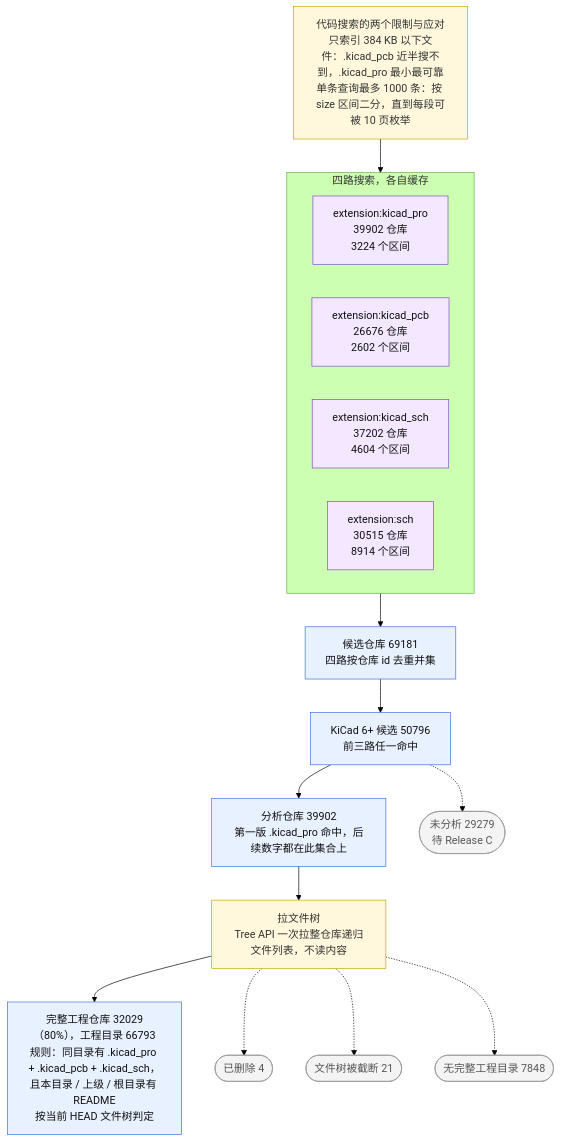
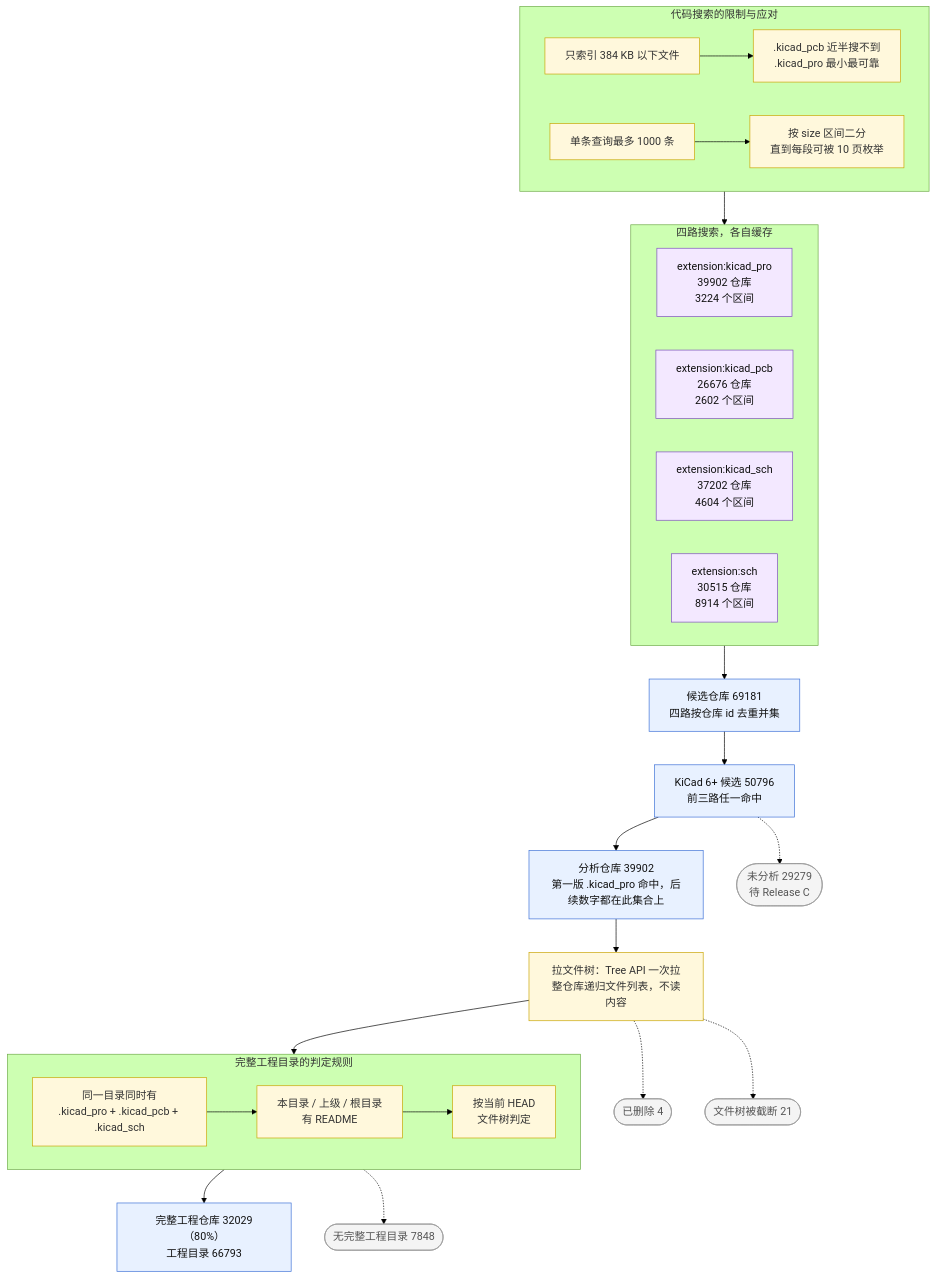
One commit to Xiafyjck/github_kicad_project_scout changed the second of 5 diagrams in reports/progress_report.md. Above: the diagram before and after it, drawn with Mermaid (forest theme). The commit also changed other lines of this file, not shown here.

Commit message:
reports: rule boxes laid out horizontally in figures 1 to 3

````diff
--- a/reports/progress_report.md
+++ b/reports/progress_report.md
@@ -136,26 +136,35 @@
 ```mermaid
 flowchart TB
     classDef exit fill:#f4f4f4,stroke:#999,color:#555
     classDef keep fill:#e8f1ff,stroke:#3b6fd6,color:#111
     classDef src fill:#f3e8ff,stroke:#7c4dbd,color:#111
     classDef rule fill:#fff8dc,stroke:#c9a400,color:#333
 
-    L[代码搜索的两个限制与应对<br/>只索引 384 KB 以下文件：.kicad_pcb 近半搜不到，.kicad_pro 最小最可靠<br/>单条查询最多 1000 条：按 size 区间二分，直到每段可被 10 页枚举]:::rule
+    subgraph L[代码搜索的限制与应对]
+        direction LR
+        L1[只索引 384 KB 以下文件]:::rule --> L2[.kicad_pcb 近半搜不到<br/>.kicad_pro 最小最可靠]:::rule
+        L3[单条查询最多 1000 条]:::rule --> L4[按 size 区间二分<br/>直到每段可被 10 页枚举]:::rule
+    end
     subgraph S[四路搜索，各自缓存]
         direction LR
         K1[extension:kicad_pro<br/>39902 仓库<br/>3224 个区间]:::src
         K2[extension:kicad_pcb<br/>26676 仓库<br/>2602 个区间]:::src
         K3[extension:kicad_sch<br/>37202 仓库<br/>4604 个区间]:::src
         K4[extension:sch<br/>30515 仓库<br/>8914 个区间]:::src
     end
     L --> S
     S --> C[候选仓库 69181<br/>四路按仓库 id 去重并集]:::keep
     C --> C6[KiCad 6+ 候选 50796<br/>前三路任一命中]:::keep
     C6 --> A[分析仓库 39902<br/>第一版 .kicad_pro 命中，后续数字都在此集合上]:::keep
     C6 -.-> CX([未分析 29279<br/>待 Release C]):::exit
-    A --> T[拉文件树<br/>Tree API 一次拉整仓库递归文件列表，不读内容]:::rule
-    T --> Q[完整工程仓库 32029（80%），工程目录 66793<br/>规则：同目录有 .kicad_pro + .kicad_pcb + .kicad_sch，且本目录 / 上级 / 根目录有 README<br/>按当前 HEAD 文件树判定]:::keep
+    A --> T[拉文件树：Tree API 一次拉整仓库递归文件列表，不读内容]:::rule
+    subgraph R[完整工程目录的判定规则]
+        direction LR
+        R1[同一目录同时有<br/>.kicad_pro + .kicad_pcb + .kicad_sch]:::rule --> R2[本目录 / 上级 / 根目录<br/>有 README]:::rule --> R3[按当前 HEAD<br/>文件树判定]:::rule
+    end
+    T --> R
+    R --> Q[完整工程仓库 32029（80%）<br/>工程目录 66793]:::keep
     T -.-> AX1([已删除 4]):::exit
     T -.-> AX2([文件树被截断 21]):::exit
-    T -.-> AX3([无完整工程目录 7848]):::exit
+    R -.-> AX3([无完整工程目录 7848]):::exit
 ```
````
